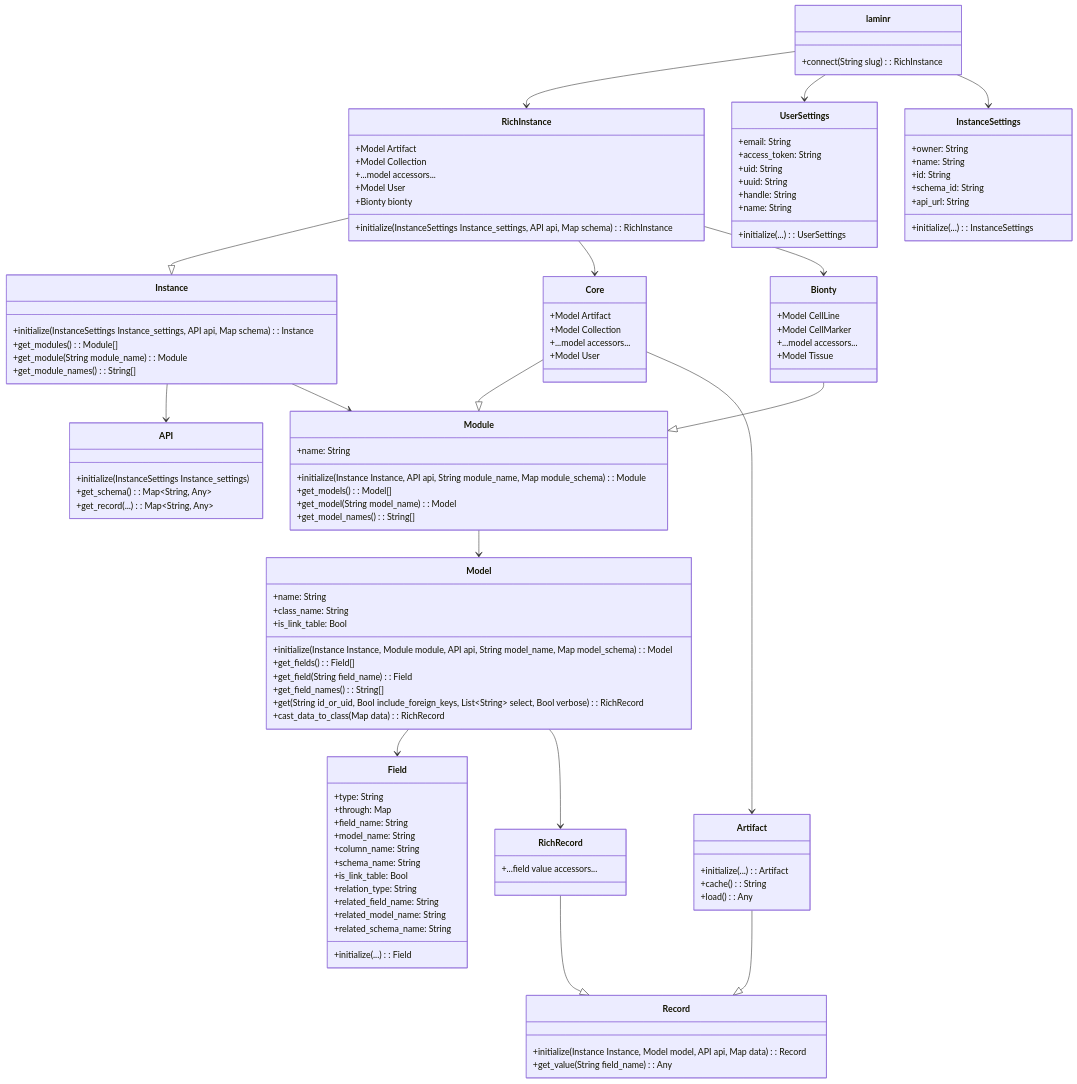
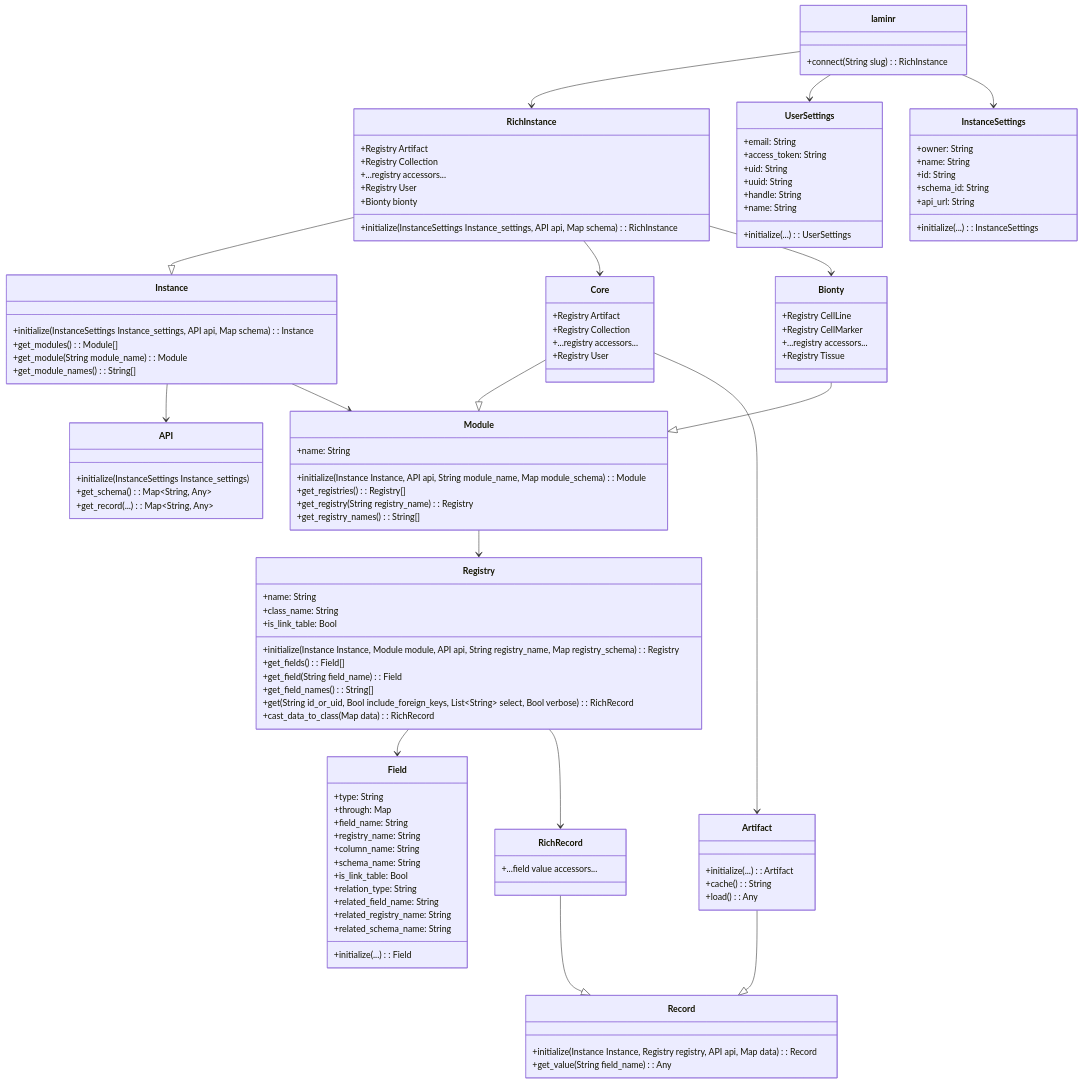
The diagram in docs/class_diagram.md (laminlabs/laminr), drawn with Mermaid before and after one commit. The commit also changed 9 other files, not shown here.

Commit message:
rename Model to Registry

````diff
--- a/docs/class_diagram.md
+++ b/docs/class_diagram.md
@@ -11,9 +11,9 @@
     Instance --> Module
     Core --|> Module
     Bionty --|> Module
-    Module --> Model
-    Model --> Field
-    Model --> RichRecord
+    Module --> Registry
+    Registry --> Field
+    Registry --> RichRecord
     Artifact --|> Record
     RichInstance --> Core
     RichInstance --> Bionty
@@ -56,33 +56,33 @@
     }
     class RichInstance{
         +initialize(InstanceSettings Instance_settings, API api, Map<String, any> schema): RichInstance
-        +Model Artifact
-        +Model Collection
-        +...model accessors...
-        +Model User
+        +Registry Artifact
+        +Registry Collection
+        +...registry accessors...
+        +Registry User
         +Bionty bionty
     }
     class Core{
-        +Model Artifact
-        +Model Collection
-        +...model accessors...
-        +Model User
+        +Registry Artifact
+        +Registry Collection
+        +...registry accessors...
+        +Registry User
     }
     class Bionty{
-        +Model CellLine
-        +Model CellMarker
-        +...model accessors...
-        +Model Tissue
+        +Registry CellLine
+        +Registry CellMarker
+        +...registry accessors...
+        +Registry Tissue
     }
     class Module{
         +initialize(Instance Instance, API api, String module_name, Map<String, any> module_schema): Module
         +name: String
-        +get_models(): Model[]
-        +get_model(String model_name): Model
-        +get_model_names(): String[]
+        +get_registries(): Registry[]
+        +get_registry(String registry_name): Registry
+        +get_registry_names(): String[]
     }
-    class Model{
-        +initialize(Instance Instance, Module module, API api, String model_name, Map<String, Any> model_schema): Model
+    class Registry{
+        +initialize(Instance Instance, Module module, API api, String registry_name, Map<String, Any> registry_schema): Registry
         +name: String
         +class_name: String
         +is_link_table: Bool
@@ -102,13 +102,13 @@
         +type: String
         +through: Map
         +field_name: String
-        +model_name: String
+        +registry_name: String
         +column_name: String
         +schema_name: String
         +is_link_table: Bool
         +relation_type: String
         +related_field_name: String
-        +related_model_name: String
+        +related_registry_name: String
         +related_schema_name: String
 
     }
@@ -116,7 +116,7 @@
         +...field value accessors...
     }
     class Record{
-        +initialize(Instance Instance, Model model, API api, Map<String, Any> data): Record
+        +initialize(Instance Instance, Registry registry, API api, Map<String, Any> data): Record
         +get_value(String field_name): Any
     }
 ```
````
